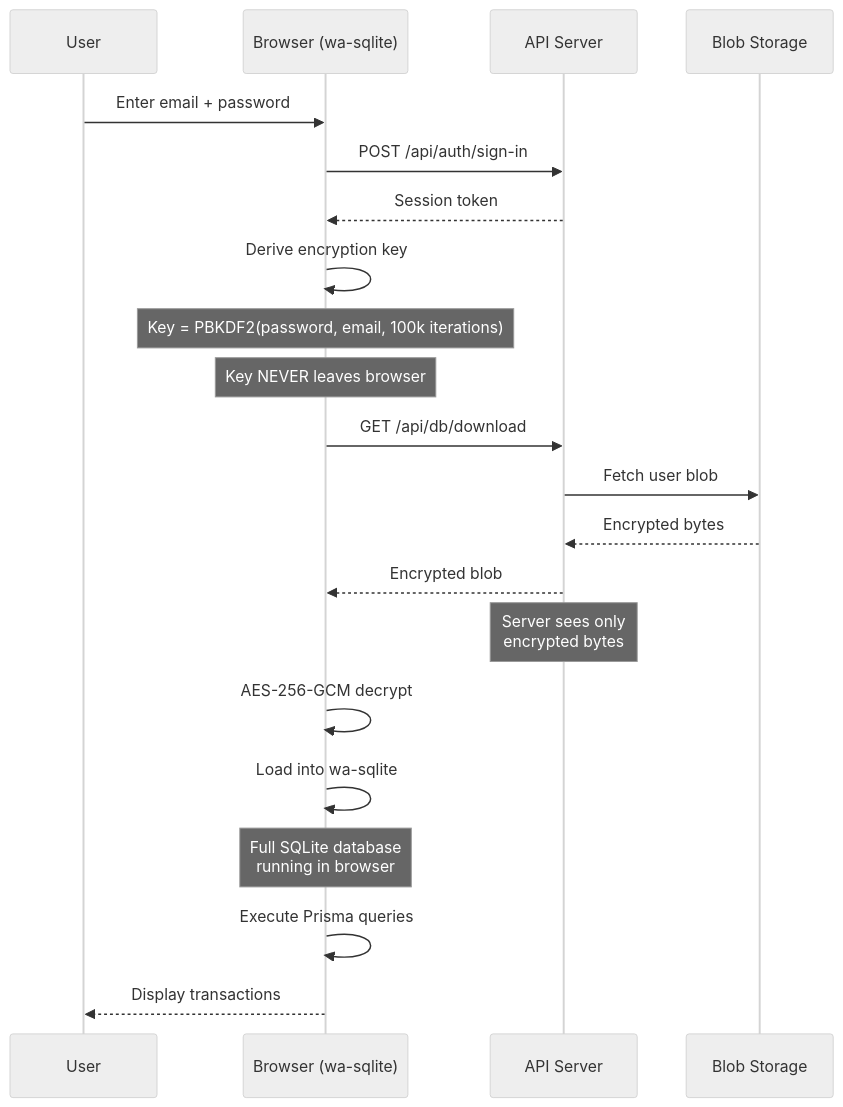
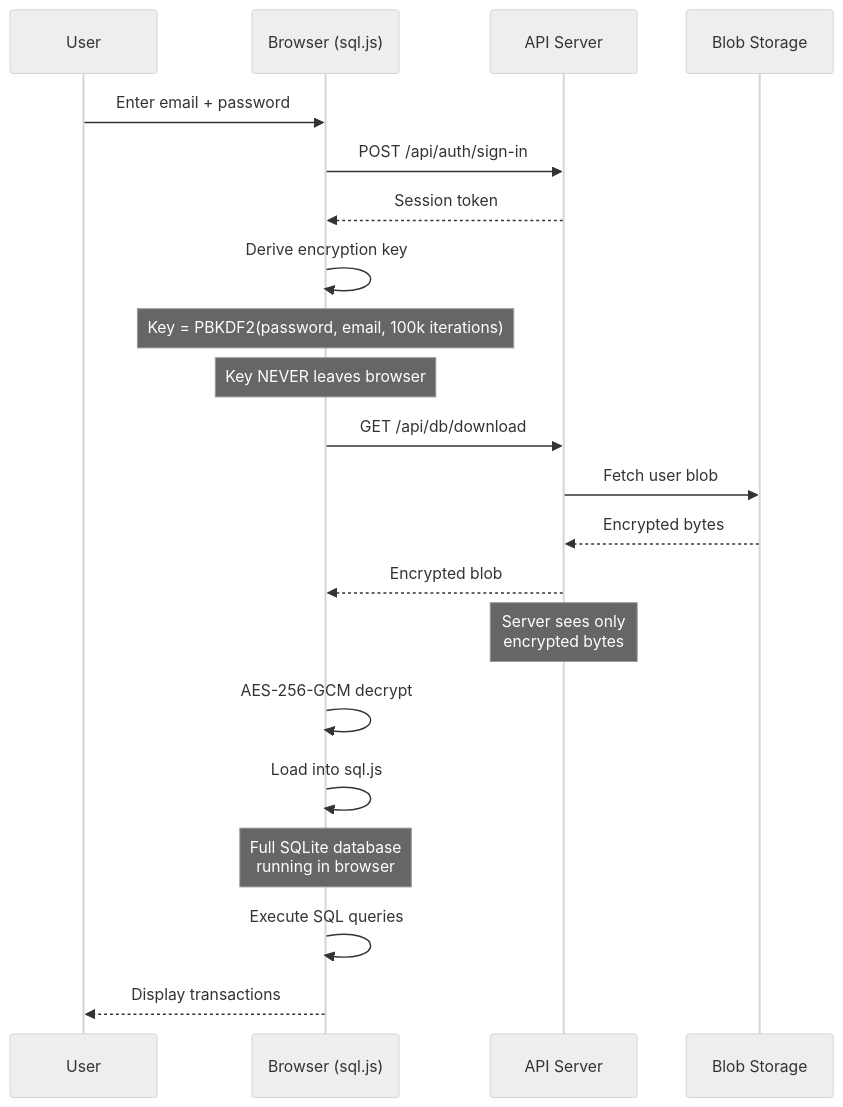
One commit to rohailaltaf/somar changed the second of 5 diagrams in docs/architecture.md. Above: the diagram before and after it, drawn with Mermaid (neutral theme). The commit also changed other lines of this file and 2 other files, not shown here.

````diff
--- a/docs/architecture.md
+++ b/docs/architecture.md
@@ -38,28 +38,28 @@
 ```mermaid
 sequenceDiagram
     participant User
-    participant Browser as Browser (wa-sqlite)
+    participant Browser as Browser (sql.js)
     participant Server as API Server
     participant Storage as Blob Storage
-    
+
     User->>Browser: Enter email + password
     Browser->>Server: POST /api/auth/sign-in
     Server-->>Browser: Session token
     
     Browser->>Browser: Derive encryption key
     Note over Browser: Key = PBKDF2(password, email, 100k iterations)
     Note over Browser: Key NEVER leaves browser
     
     Browser->>Server: GET /api/db/download
     Server->>Storage: Fetch user blob
     Storage-->>Server: Encrypted bytes
     Server-->>Browser: Encrypted blob
     Note over Server: Server sees only<br/>encrypted bytes
     
     Browser->>Browser: AES-256-GCM decrypt
-    Browser->>Browser: Load into wa-sqlite
+    Browser->>Browser: Load into sql.js
     Note over Browser: Full SQLite database<br/>running in browser
-    
-    Browser->>Browser: Execute Prisma queries
+
+    Browser->>Browser: Execute SQL queries
     Browser-->>User: Display transactions
 ```
````
